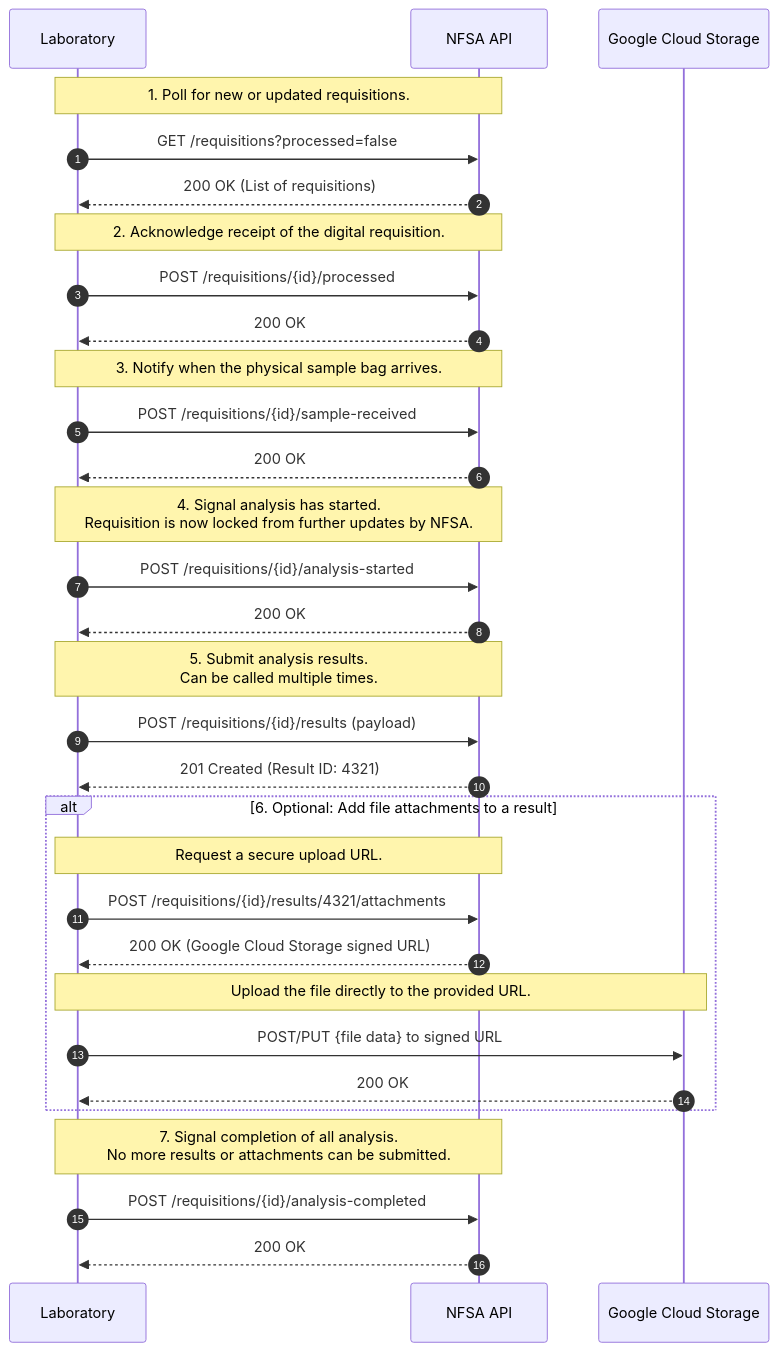
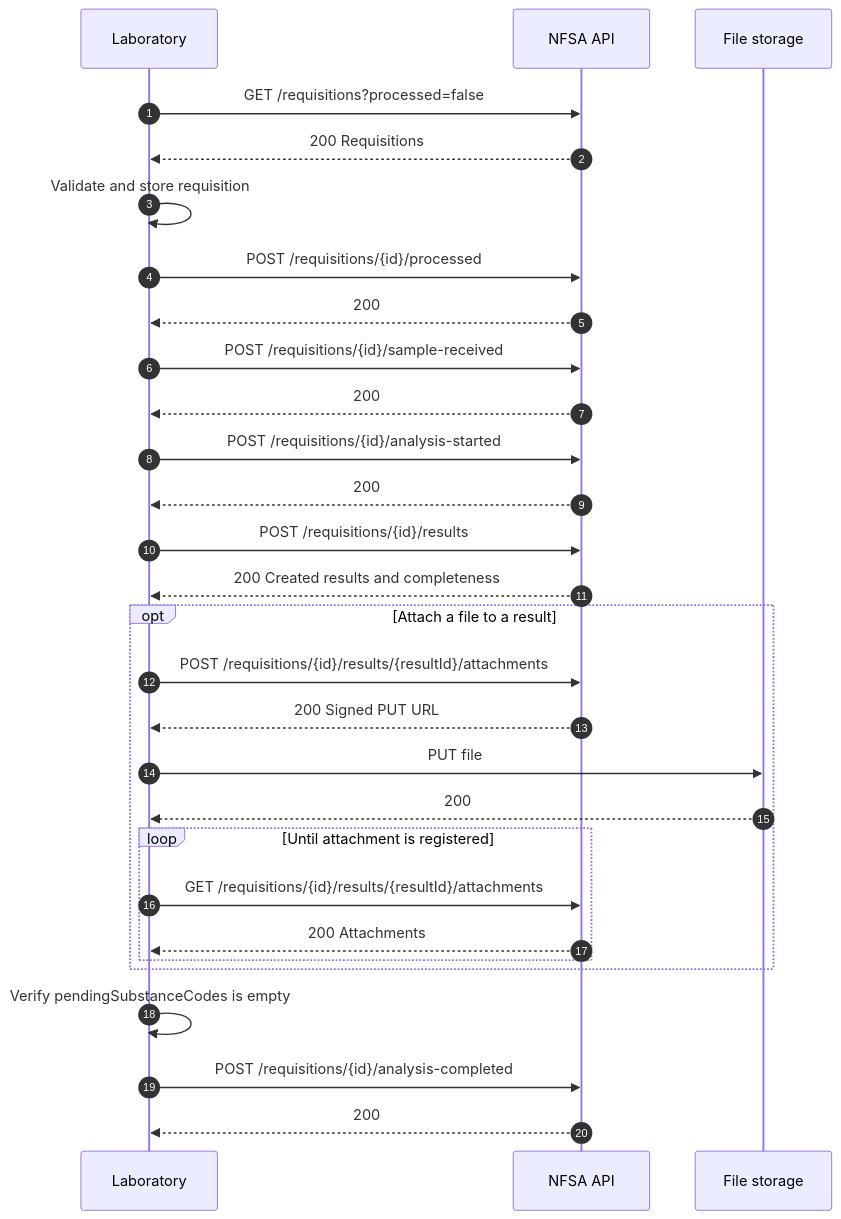
One commit to Mattilsynet/provetaking-labintegration changed the diagram in README.md. Above: the diagram before and after it, drawn with Mermaid. The commit also changed other lines of this file, not shown here.

````diff
--- a/README.md
+++ b/README.md
@@ -78,41 +100,32 @@
 ```mermaid
 sequenceDiagram
     autonumber
     participant LAB as Laboratory
     participant MT as NFSA API
-    participant GCS as Google Cloud Storage
+    participant GCS as File storage
 
-    Note over LAB, MT: 1. Poll for new or updated requisitions.
     LAB->>MT: GET /requisitions?processed=false
-    MT-->>LAB: 200 OK (List of requisitions)
-
-    Note over LAB, MT: 2. Acknowledge receipt of the digital requisition.
+    MT-->>LAB: 200 Requisitions
+    LAB->>LAB: Validate and store requisition
     LAB->>MT: POST /requisitions/{id}/processed
-    MT-->>LAB: 200 OK
-
-    Note over LAB, MT: 3. Notify when the physical sample bag arrives.
+    MT-->>LAB: 200
     LAB->>MT: POST /requisitions/{id}/sample-received
-    MT-->>LAB: 200 OK
-
-    Note over LAB, MT: 4. Signal analysis has started.<br/>Requisition is now locked from further updates by NFSA.
+    MT-->>LAB: 200
     LAB->>MT: POST /requisitions/{id}/analysis-started
-    MT-->>LAB: 200 OK
-
-    Note over LAB, MT: 5. Submit analysis results.<br/>Can be called multiple times.
-    LAB->>MT: POST /requisitions/{id}/results (payload)
-    MT-->>LAB: 201 Created (Result ID: 4321)
-
-    alt 6. Optional: Add file attachments to a result
-        Note over LAB, MT: Request a secure upload URL.
-        LAB->>MT: POST /requisitions/{id}/results/4321/attachments
-        MT-->>LAB: 200 OK (Google Cloud Storage signed URL)
-
-        Note over LAB, GCS: Upload the file directly to the provided URL.
-        LAB->>GCS: POST/PUT {file data} to signed URL
-        GCS-->>LAB: 200 OK
+    MT-->>LAB: 200
+    LAB->>MT: POST /requisitions/{id}/results
+    MT-->>LAB: 200 Created results and completeness
+    opt Attach a file to a result
+        LAB->>MT: POST /requisitions/{id}/results/{resultId}/attachments
+        MT-->>LAB: 200 Signed PUT URL
+        LAB->>GCS: PUT file
+        GCS-->>LAB: 200
+        loop Until attachment is registered
+            LAB->>MT: GET /requisitions/{id}/results/{resultId}/attachments
+            MT-->>LAB: 200 Attachments
+        end
     end
-
-    Note over LAB, MT: 7. Signal completion of all analysis.<br/>No more results or attachments can be submitted.
+    LAB->>LAB: Verify pendingSubstanceCodes is empty
     LAB->>MT: POST /requisitions/{id}/analysis-completed
-    MT-->>LAB: 200 OK
+    MT-->>LAB: 200
 ```
````
